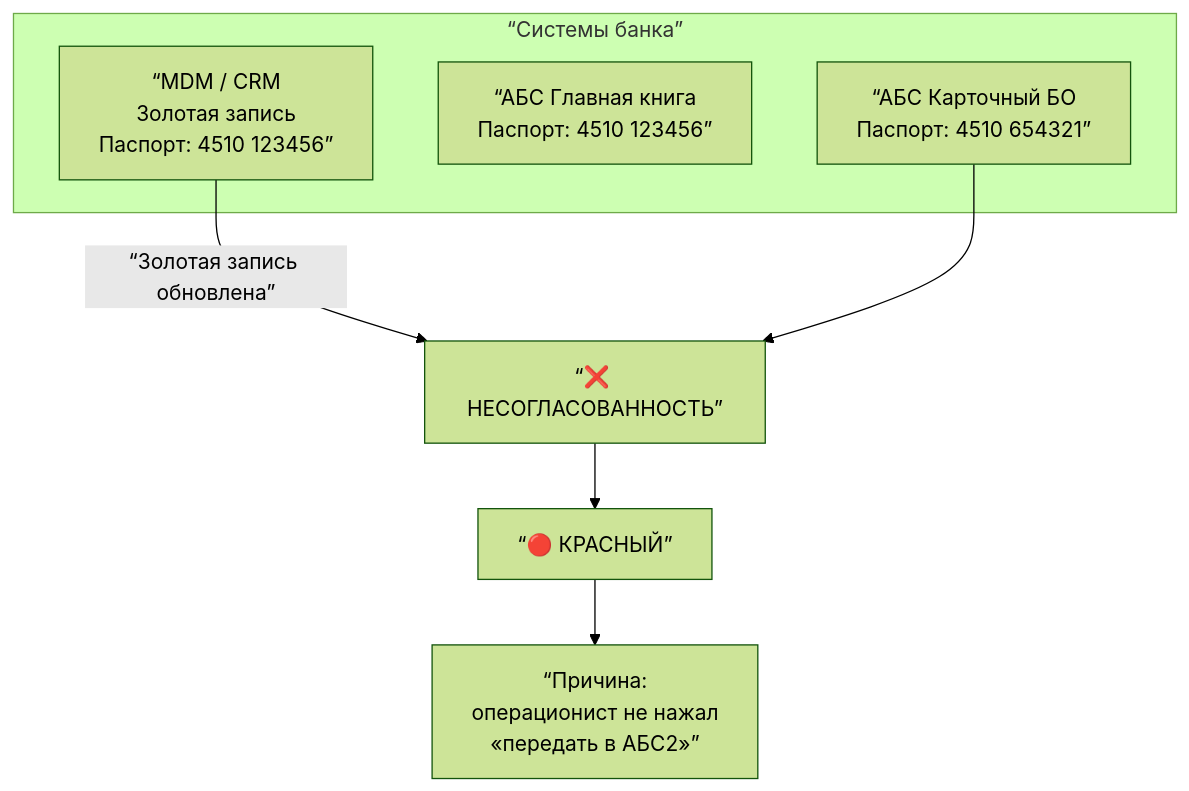
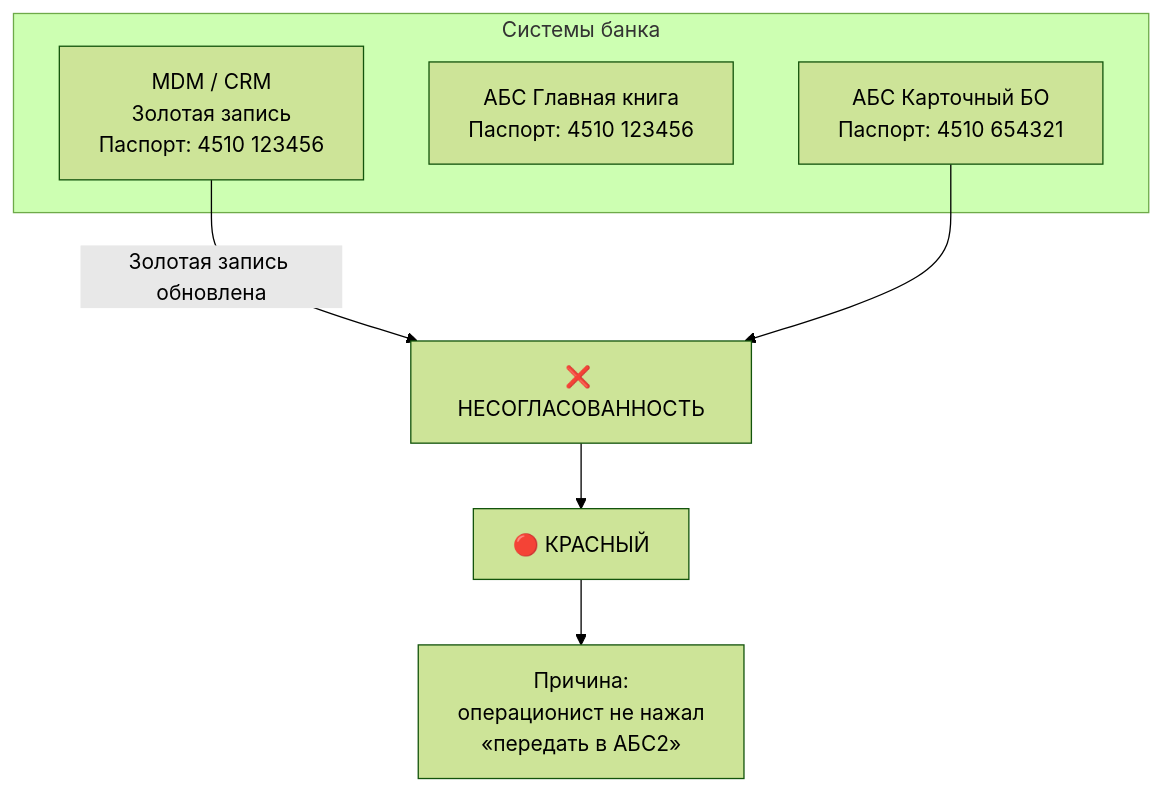
The seventh of 13 diagrams in EA/DataQuality/case/case1/course/course_v2.md (bpmbpm/doc), drawn with Mermaid (forest theme) before and after one commit. The commit also changed other lines of this file, not shown here.

````diff
--- a/EA/DataQuality/case/case1/course/course_v2.md
+++ b/EA/DataQuality/case/case1/course/course_v2.md
@@ -236,18 +183,18 @@
 ```mermaid
 flowchart TD
-    subgraph SYSTEMS [“Системы банка”]
-        MDM[“MDM / CRM<br>Золотая запись<br>Паспорт: 4510 123456”]
-        ABS1[“АБС Главная книга<br>Паспорт: 4510 123456”]
-        ABS2[“АБС Карточный БО<br>Паспорт: 4510 654321”]
+    subgraph SYSTEMS ["Системы банка"]
+        MDM["MDM / CRM<br>Золотая запись<br>Паспорт: 4510 123456"]
+        ABS1["АБС Главная книга<br>Паспорт: 4510 123456"]
+        ABS2["АБС Карточный БО<br>Паспорт: 4510 654321"]
     end
     
-    MDM -->|“Золотая запись обновлена”| PROBLEM
+    MDM -->|"Золотая запись обновлена"| PROBLEM
     
-    PROBLEM[“❌ НЕСОГЛАСОВАННОСТЬ”]
+    PROBLEM["❌ НЕСОГЛАСОВАННОСТЬ"]
     ABS2 --> PROBLEM
     
-    PROBLEM --> RESULT[“🔴 КРАСНЫЙ”]
+    PROBLEM --> RESULT["🔴 КРАСНЫЙ"]
     
-    REASON[“Причина:<br>операционист не нажал<br>«передать в АБС2»”]
+    REASON["Причина:<br>операционист не нажал<br>«передать в АБС2»"]
     RESULT --> REASON
 ```
````
